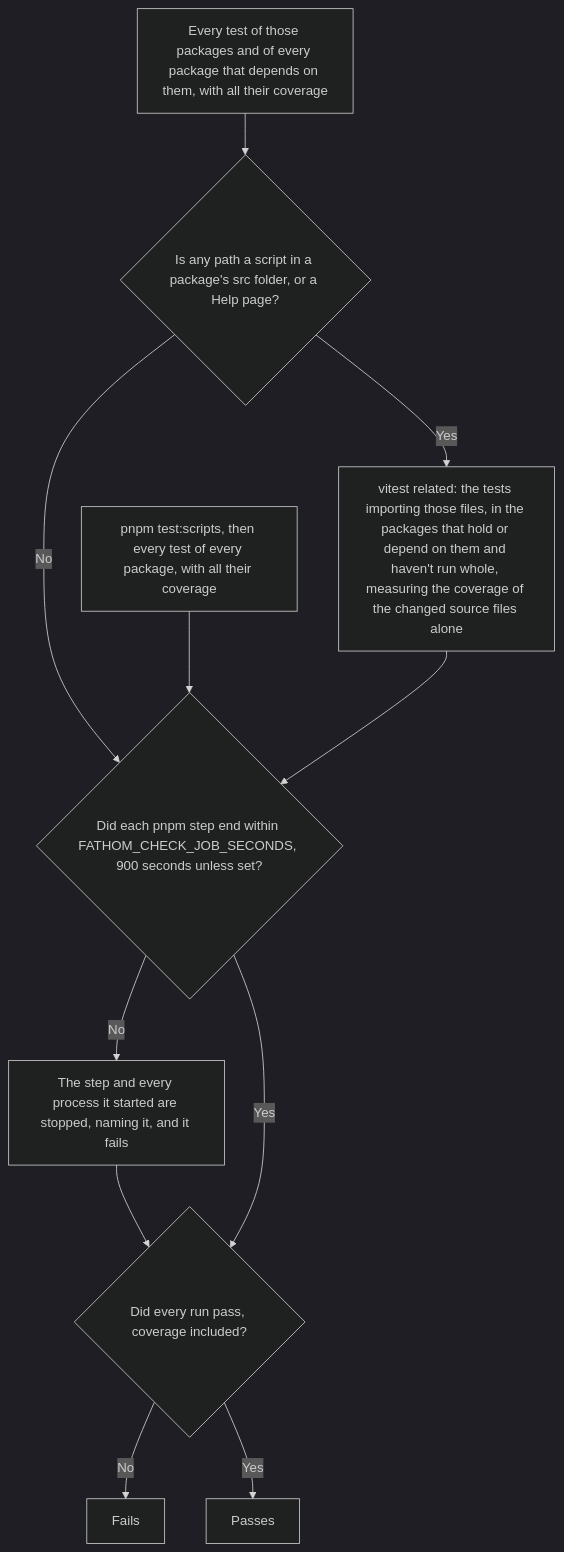
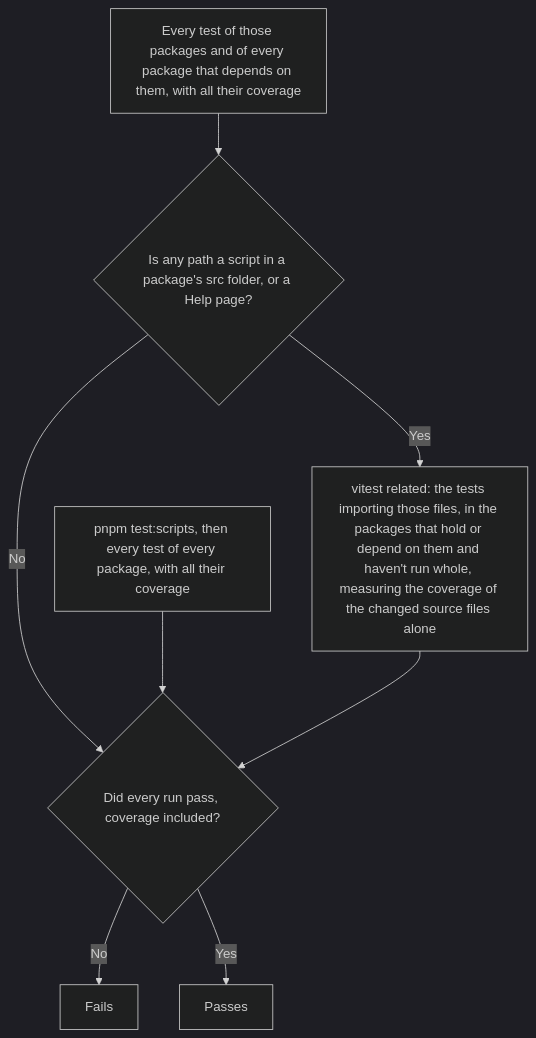
Before and after one commit to ribbitworks/fathom: the second of 11 diagrams in docs/design/checks-and-ci.md, drawn with Mermaid (dark theme). The commit also changed other lines of this file and 1 other file, not shown here.

````diff
--- a/docs/design/checks-and-ci.md
+++ b/docs/design/checks-and-ci.md
@@ -46,14 +45,11 @@
 ```mermaid
 flowchart TD
     Everything["pnpm test:scripts, then every test of every package, with all their coverage"]
     WholePackages["Every test of those packages and of every package that depends on them, with all their coverage"] --> Imported{"Is any path a script in a package's src folder, or a Help page?"}
     Imported -- Yes --> Related["vitest related: the tests importing those files, in the packages that hold or depend on them and haven't run whole, measuring the coverage of the changed source files alone"]
-    Imported -- No --> InTime
-    Everything --> InTime{"Did each pnpm step end within FATHOM_CHECK_JOB_SECONDS, 900 seconds unless set?"}
-    Related --> InTime
-    InTime -- No --> TooLong["The step and every process it started are stopped, naming it, and it fails"]
-    TooLong --> Outcome
-    InTime -- Yes --> Outcome{"Did every run pass, coverage included?"}
+    Imported -- No --> Outcome
+    Everything --> Outcome{"Did every run pass, coverage included?"}
+    Related --> Outcome
     Outcome -- No --> TestsFailed["Fails"]
     Outcome -- Yes --> TestsPassed["Passes"]
 ```
````
